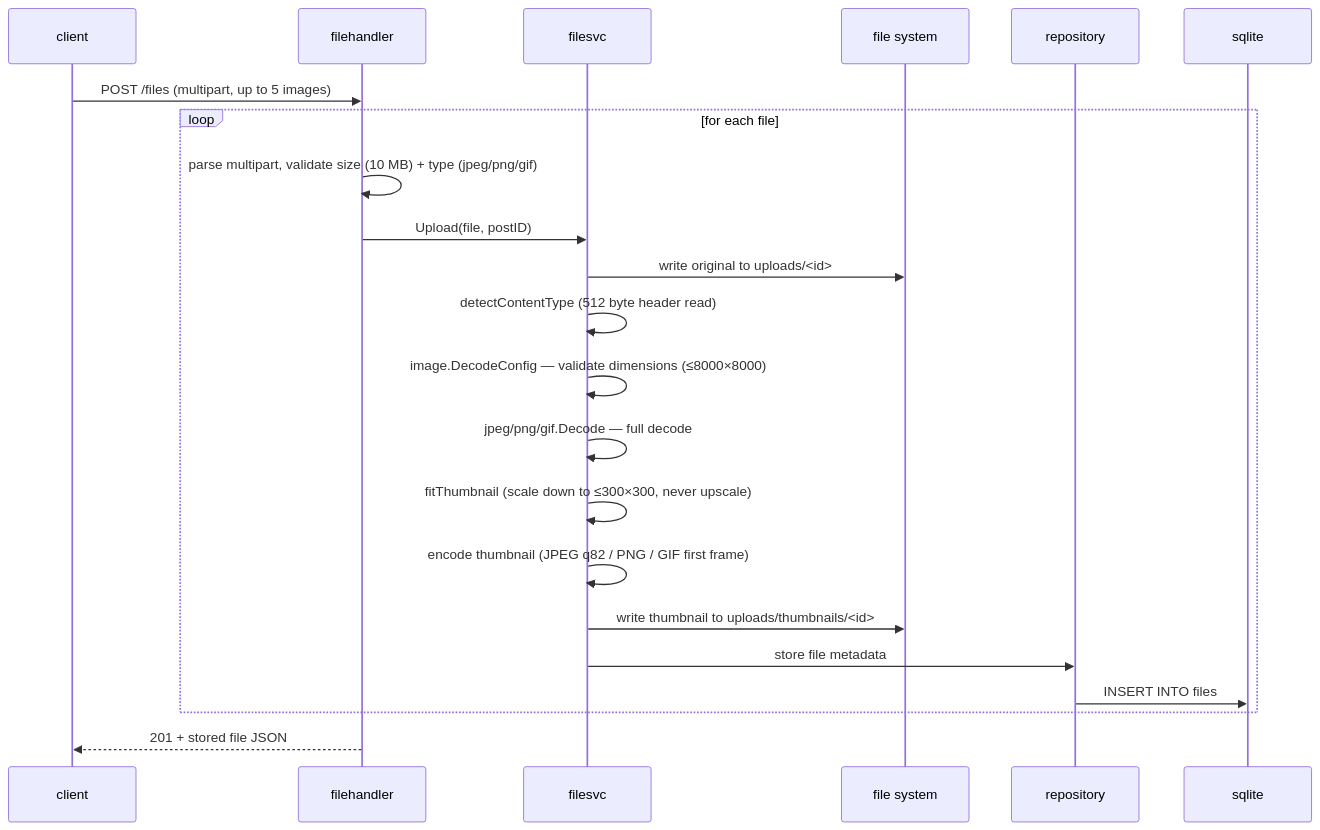
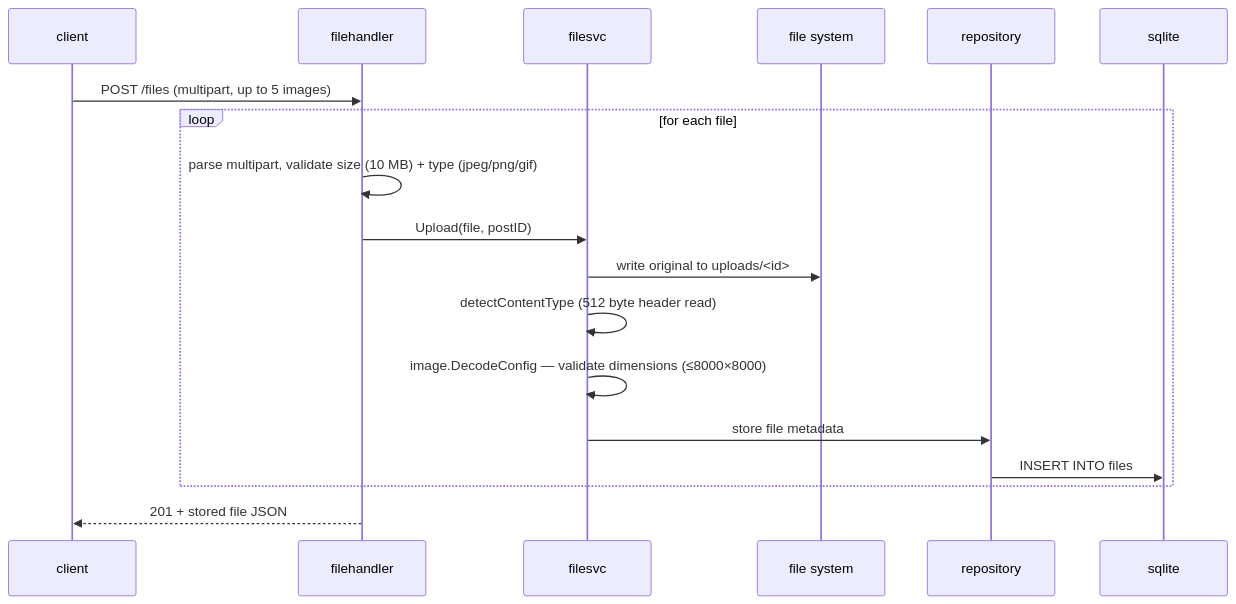
One commit to chentaymane/Social changed the fifth of 9 diagrams in backend/readme.md. Above: the diagram before and after it, drawn with Mermaid. The commit also changed other lines of this file and 14 other files, not shown here.

````diff
--- a/backend/readme.md
+++ b/backend/readme.md
@@ -191,25 +188,21 @@
 ```mermaid
 sequenceDiagram
     participant C as client
     participant H as filehandler
     participant S as filesvc
     participant F as file system
     participant R as repository
     participant DB as sqlite
 
     C->>H: POST /files (multipart, up to 5 images)
     loop for each file
         H->>H: parse multipart, validate size (10 MB) + type (jpeg/png/gif)
         H->>S: Upload(file, postID)
         S->>F: write original to uploads/<id>
         S->>S: detectContentType (512 byte header read)
         S->>S: image.DecodeConfig — validate dimensions (≤8000×8000)
-        S->>S: jpeg/png/gif.Decode — full decode
-        S->>S: fitThumbnail (scale down to ≤300×300, never upscale)
-        S->>S: encode thumbnail (JPEG q82 / PNG / GIF first frame)
-        S->>F: write thumbnail to uploads/thumbnails/<id>
         S->>R: store file metadata
         R->>DB: INSERT INTO files
     end
     H-->>C: 201 + stored file JSON
 ```
````
